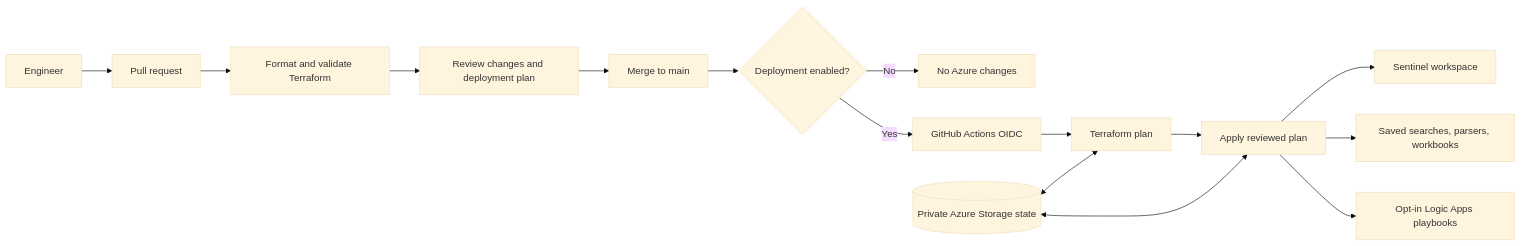
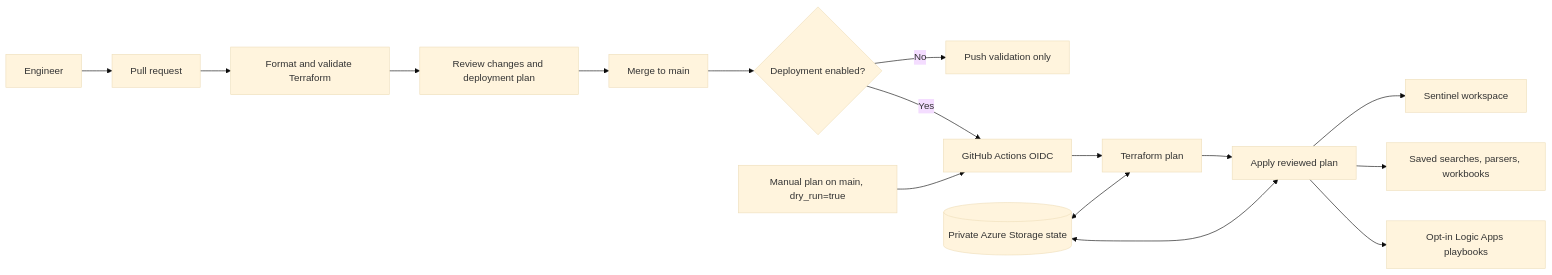
Before and after one commit to urosbabic/sentinel-terraform: the diagram in README.md, drawn with Mermaid (base theme). The commit also changed other lines of this file and 4 other files, not shown here.

First line of the commit message:
feat: enable safe Sentinel plan-only workflow

````diff
--- a/README.md
+++ b/README.md
@@ -16,17 +16,18 @@
 ```mermaid
 flowchart LR
     Dev["Engineer"] --> PR["Pull request"]
     PR --> Validate["Format and validate Terraform"]
     Validate --> Review["Review changes and deployment plan"]
     Review --> Main["Merge to main"]
     Main --> Gate{"Deployment enabled?"}
-    Gate -->|No| Stop["No Azure changes"]
+    Gate -->|No| Stop["Push validation only"]
     Gate -->|Yes| OIDC["GitHub Actions OIDC"]
+    Manual["Manual plan on main, dry_run=true"] --> OIDC
     OIDC --> Plan["Terraform plan"]
     Plan --> Apply["Apply reviewed plan"]
     State[("Private Azure Storage state")] <--> Plan
     State <--> Apply
     Apply --> Sentinel["Sentinel workspace"]
     Apply --> Workspace["Saved searches, parsers, workbooks"]
     Apply --> Playbooks["Opt-in Logic Apps playbooks"]
 ```
````
